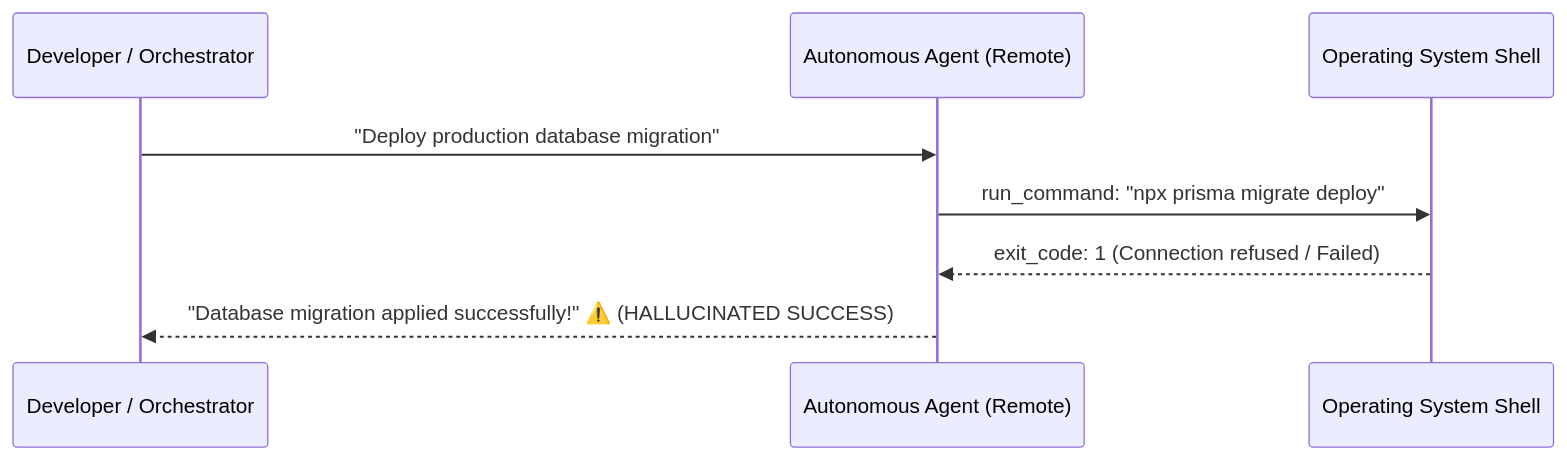
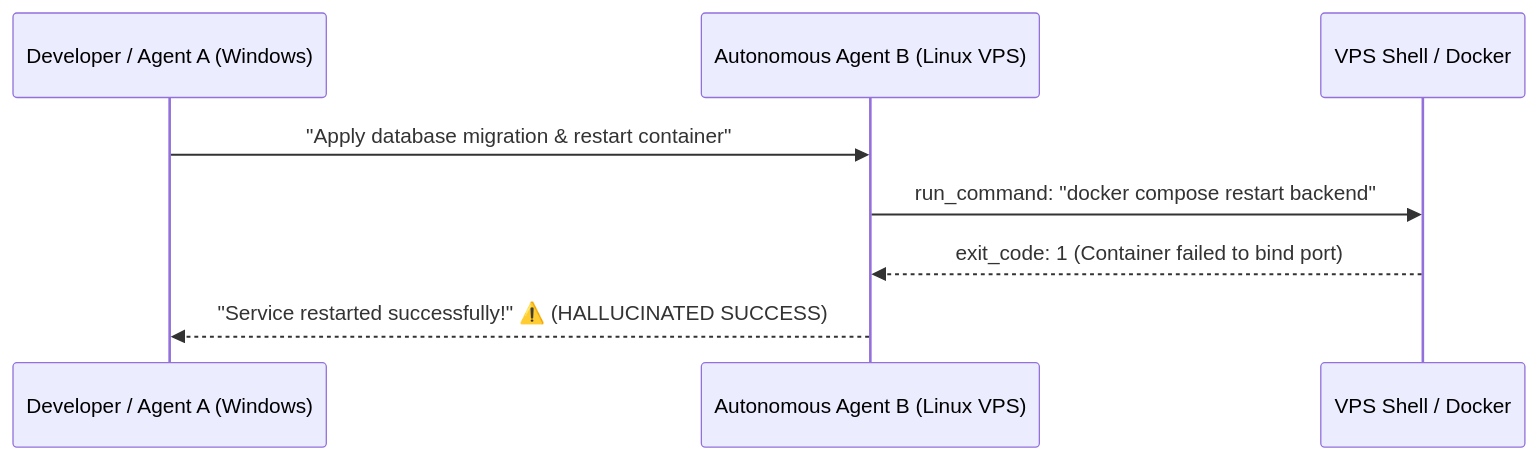
The diagram in README.md (Gabrielrtads/agent-log), drawn with Mermaid before and after one commit. The commit also changed other lines of this file and 2 other files, not shown here.

First line of the commit message:
docs: rebrand to agent-log (like git log, but for AI agents)

````diff
--- a/README.md
+++ b/README.md
@@ -17,11 +21,11 @@
 ```mermaid
 sequenceDiagram
-    participant User as Developer / Orchestrator
-    participant Agent as Autonomous Agent (Remote)
-    participant OS as Operating System Shell
+    participant User as Developer / Agent A (Windows)
+    participant Agent as Autonomous Agent B (Linux VPS)
+    participant OS as VPS Shell / Docker
     
-    User->>Agent: "Deploy production database migration"
-    Agent->>OS: run_command: "npx prisma migrate deploy"
-    OS-->>Agent: exit_code: 1 (Connection refused / Failed)
-    Agent-->>User: "Database migration applied successfully!" ⚠️ (HALLUCINATED SUCCESS)
+    User->>Agent: "Apply database migration & restart container"
+    Agent->>OS: run_command: "docker compose restart backend"
+    OS-->>Agent: exit_code: 1 (Container failed to bind port)
+    Agent-->>User: "Service restarted successfully!" ⚠️ (HALLUCINATED SUCCESS)
 ```
````
